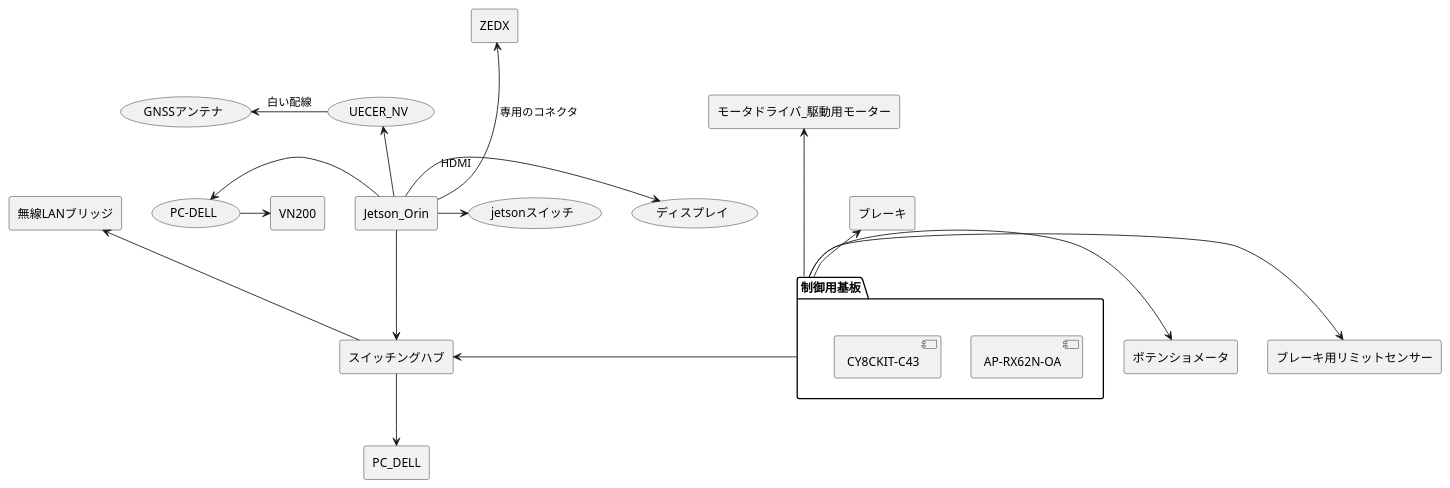
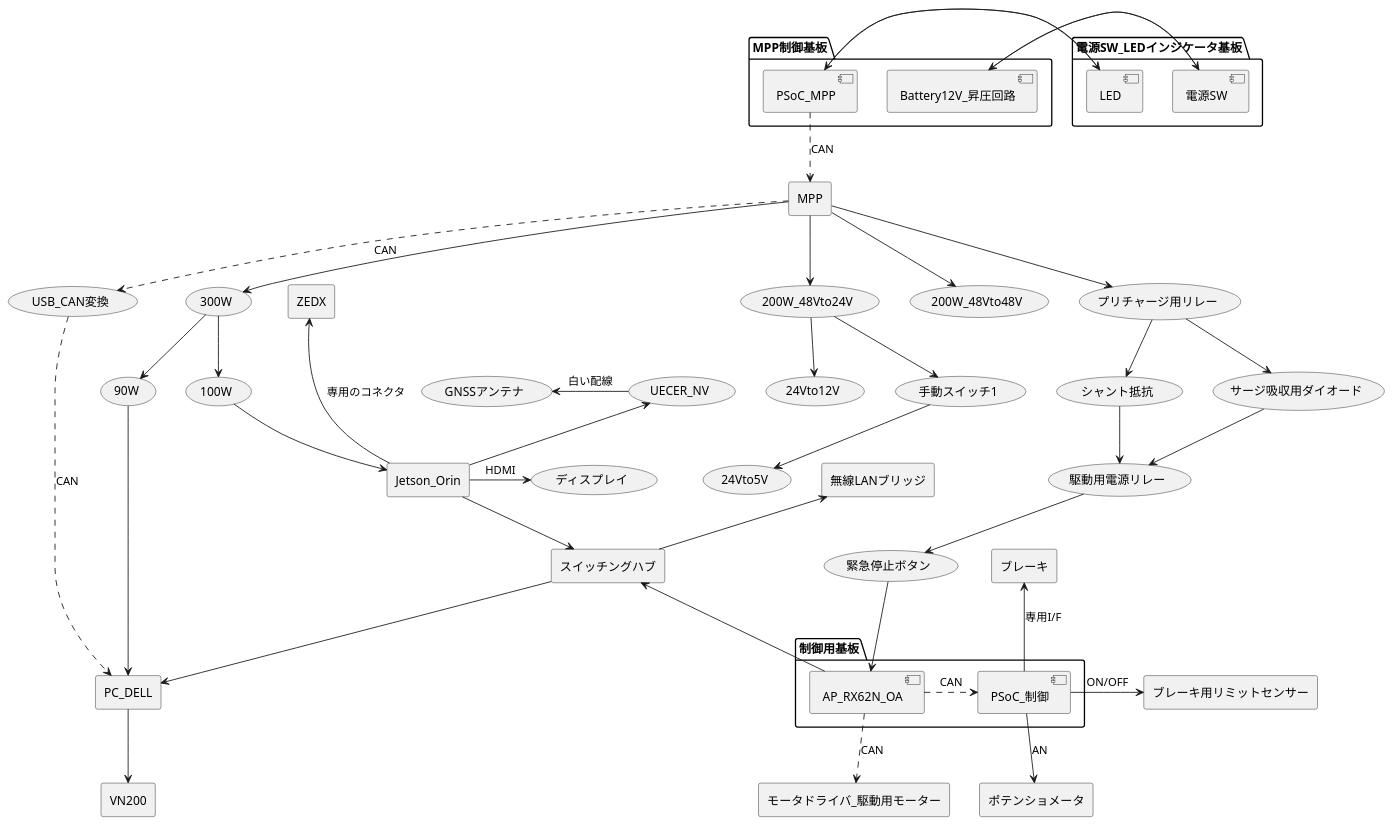
The diagram in plantUML/hoge.pu (kyo0221/git_memo), drawn with PlantUML before and after one commit.

Commit message:
✨feat: 部分的な機能追加

```diff
--- a/plantUML/hoge.pu
+++ b/plantUML/hoge.pu
@@ -2,46 +2,93 @@
 @startuml hoge
 agent Jetson_Orin
 agent ZEDX
 agent VN200
 agent ポテンショメータ
 agent スイッチングハブ
 agent 無線LANブリッジ
 agent ブレーキ
 agent ブレーキ用リミットセンサー
 agent モータドライバ_駆動用モーター
 agent PC_DELL
 
-
 agent 制御用基板
-
+agent MPP制御基板
+agent 電源SW_LEDインジケータ基板
+agent MPP
 
 (GNSSアンテナ)
 (UECER_NV)
 (ディスプレイ)
 
 Jetson_Orin --up-> ZEDX:専用のコネクタ
 Jetson_Orin -up-> (UECER_NV)
 (UECER_NV) -left-> (GNSSアンテナ):白い配線
 Jetson_Orin -> (ディスプレイ):HDMI
 
-Jetson_Orin -left-> (PC-DELL)
-(PC-DELL) -> VN200
-
-Jetson_Orin -> (jetsonスイッチ)
 Jetson_Orin --> スイッチングハブ
 
 スイッチングハブ -up-> 無線LANブリッジ
-スイッチングハブ --> PC_DELL
+スイッチングハブ -down-> PC_DELL
+
+PC_DELL --> VN200
 
 package "制御用基板" {
-    [AP-RX62N-OA]
-    [CY8CKIT-C43]
+    [AP_RX62N_OA]
+    [PSoC_制御]
 }
 
-制御用基板 -right-> ポテンショメータ
-制御用基板 -up-> ブレーキ
-制御用基板 -right-> ブレーキ用リミットセンサー
-制御用基板 -up--> モータドライバ_駆動用モーター
-制御用基板 -left-> スイッチングハブ
+AP_RX62N_OA .right.> PSoC_制御:CAN
+AP_RX62N_OA .down.> モータドライバ_駆動用モーター:CAN
+AP_RX62N_OA -left-> スイッチングハブ
+
+PSoC_制御 -down-> ポテンショメータ:AN
+PSoC_制御 -up-> ブレーキ:専用I/F
+PSoC_制御 -right-> ブレーキ用リミットセンサー:ON/OFF
+
+package "MPP制御基板" {
+    [Battery12V_昇圧回路]
+    [PSoC_MPP]
+}
+
+package "電源SW_LEDインジケータ基板"{
+    [電源SW]
+    [LED]
+}
+
+PSoC_MPP -> LED
+LED -> PSoC_MPP
+
+電源SW -> Battery12V_昇圧回路
+Battery12V_昇圧回路 -> 電源SW
+
+PSoC_MPP ..> MPP:CAN
+
+MPP --> (300W)
+MPP ..> (USB_CAN変換):CAN
+MPP --> (200W_48Vto24V)
+MPP --> (200W_48Vto48V)
+MPP --> (プリチャージ用リレー)
+
+(プリチャージ用リレー) --> (シャント抵抗)
+(プリチャージ用リレー) --> (サージ吸収用ダイオード)
+(シャント抵抗) -->  (駆動用電源リレー)
+(サージ吸収用ダイオード) --> (駆動用電源リレー)
+
+(駆動用電源リレー) --> (緊急停止ボタン)
+(緊急停止ボタン) --> AP_RX62N_OA
+
+(200W_48Vto24V) --> (24Vto12V)
+(200W_48Vto24V) --> (手動スイッチ1)
+(手動スイッチ1) --> (24Vto5V)
+
+(300W) --> (90W)
+(300W) --> (100W)
+
+(90W) --> PC_DELL
+(100W) --> Jetson_Orin
+
+(USB_CAN変換) ..> PC_DELL:CAN
+
+
 
 @enduml
```
